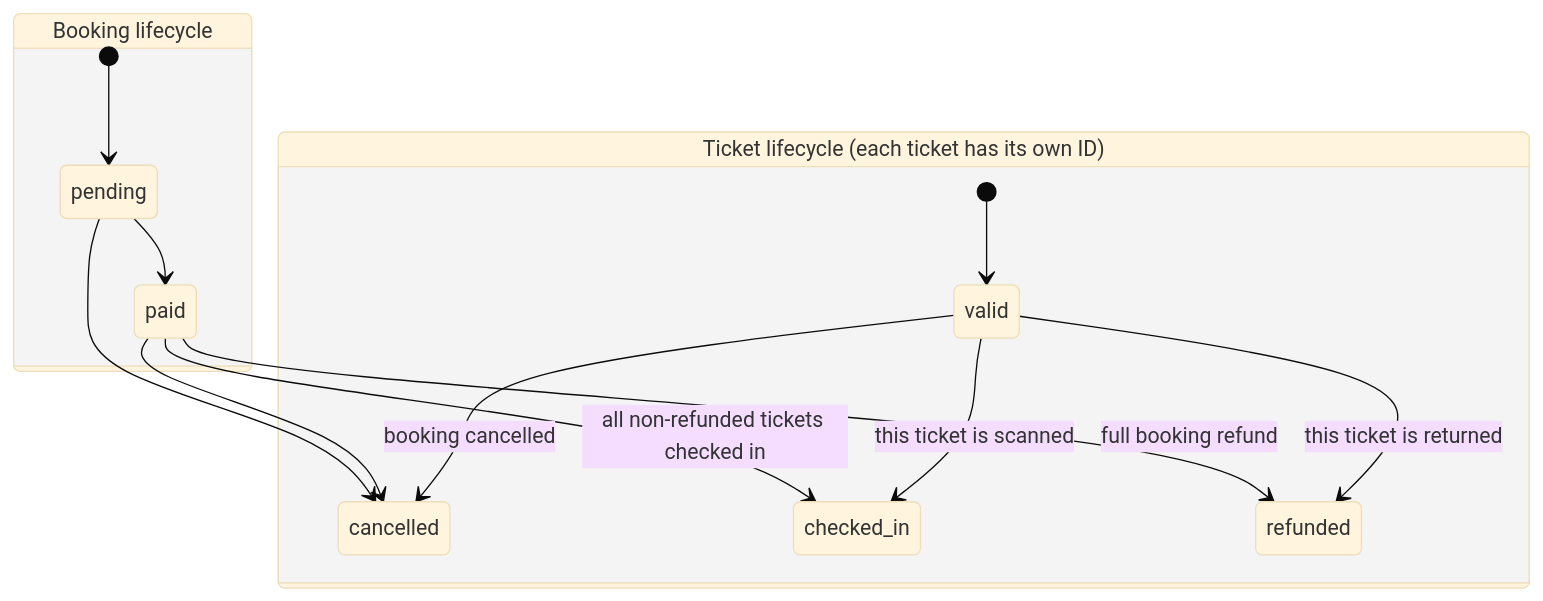
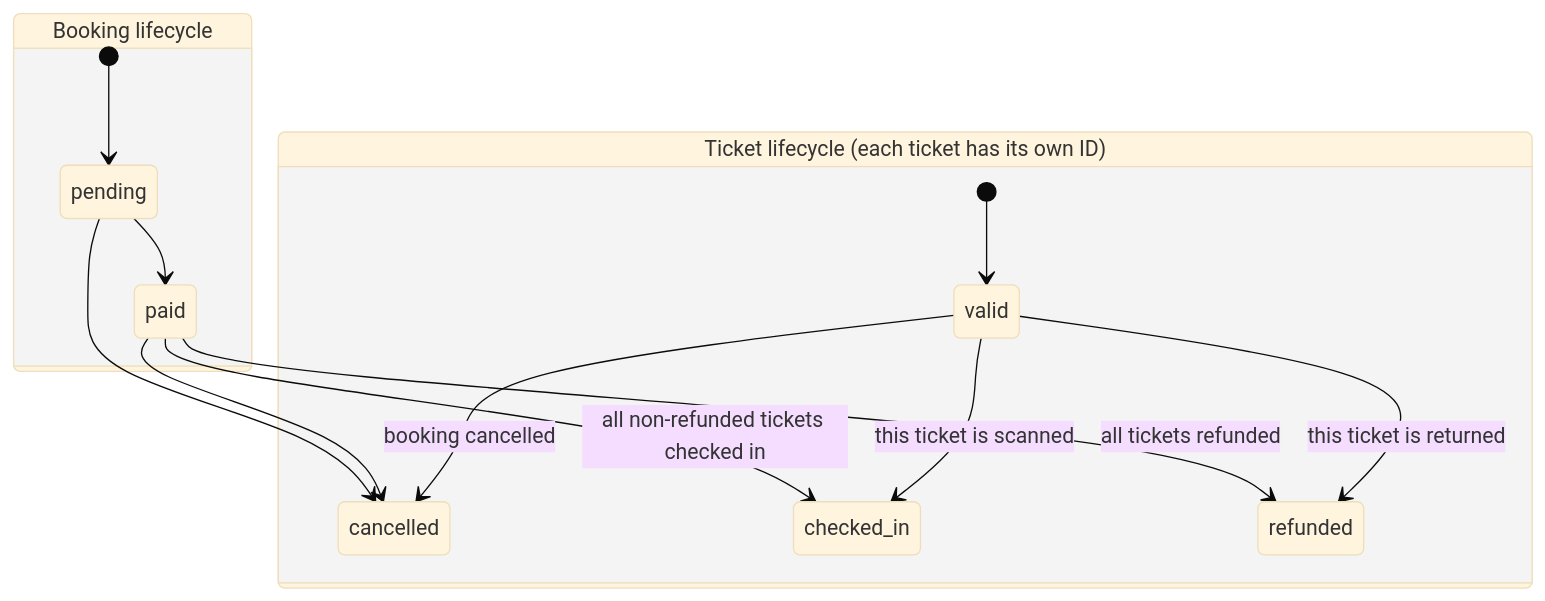
One commit to Sots-Light/capstone-drill changed the fourth of 4 diagrams in docs/architecture.md. Above: the diagram before and after it, drawn with Mermaid (base theme). The commit also changed other lines of this file and 11 other files, not shown here.

````diff
--- a/docs/architecture.md
+++ b/docs/architecture.md
@@ -117,17 +128,17 @@
 ```mermaid
 stateDiagram-v2
   state "Booking lifecycle" as Booking {
     [*] --> pending
     pending --> paid
     pending --> cancelled
     paid --> checked_in: all non-refunded tickets checked in
-    paid --> refunded: full booking refund
+    paid --> refunded: all tickets refunded
     paid --> cancelled
   }
   state "Ticket lifecycle (each ticket has its own ID)" as Ticket {
     [*] --> valid
     valid --> refunded: this ticket is returned
     valid --> cancelled: booking cancelled
     valid --> checked_in: this ticket is scanned
   }
 ```
````
